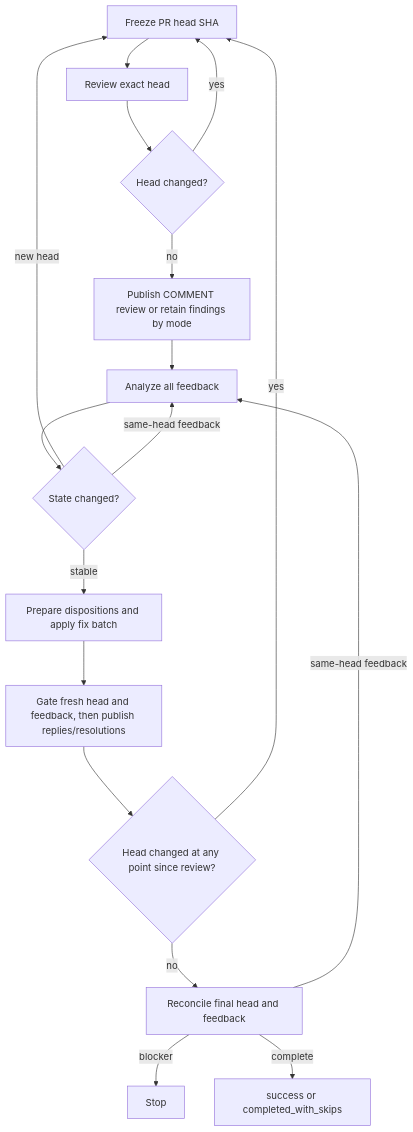
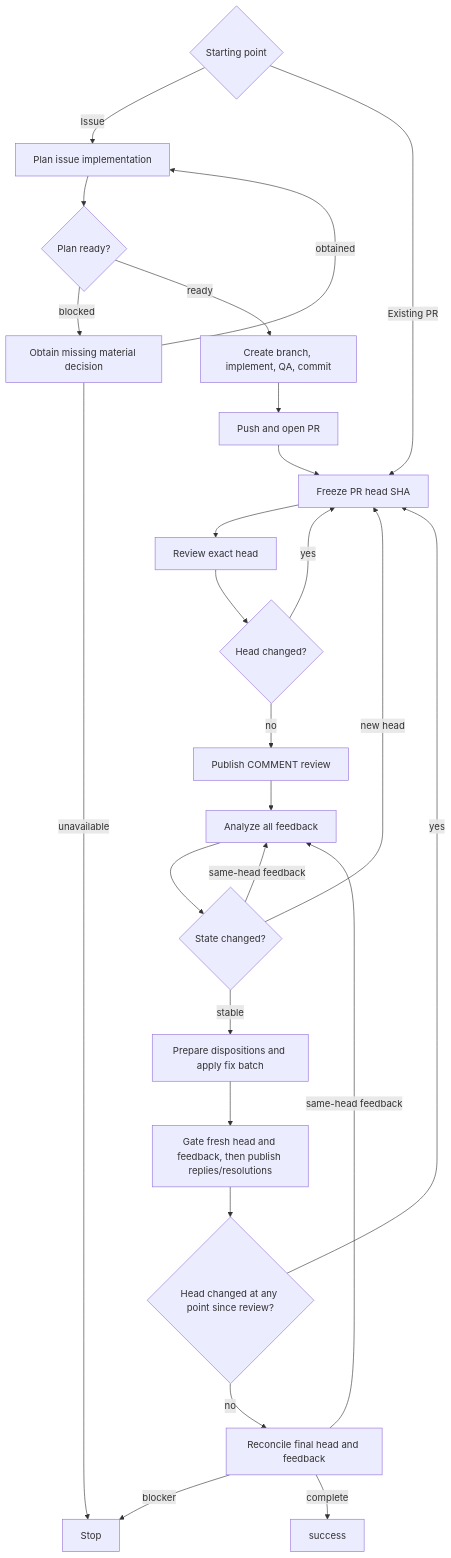
Before and after one commit to dceoy/ai-coding-agent-skills: the diagram in skills/pr-loop/SKILL.md, drawn with Mermaid. The commit also changed other lines of this file and 2 other files, not shown here.

````diff
--- a/skills/pr-loop/SKILL.md
+++ b/skills/pr-loop/SKILL.md
@@ -163,19 +147,28 @@
 ```mermaid
 flowchart TD
-  A[Freeze PR head SHA] --> B[Review exact head]
+  S{Starting point} -->|Issue| P[Plan issue implementation]
+  S -->|Existing PR| A
+  P --> Q{Plan ready?}
+  Q -->|blocked| R[Obtain missing material decision]
+  R -->|obtained| P
+  R -->|unavailable| K[Stop]
+  Q -->|ready| M[Create branch, implement, QA, commit]
+  M --> N[Push and open PR]
+  N --> A[Freeze PR head SHA]
+  A --> B[Review exact head]
   B --> C{Head changed?}
   C -->|yes| A
-  C -->|no| D[Publish COMMENT review or retain findings by mode]
+  C -->|no| D[Publish COMMENT review]
   D --> E[Analyze all feedback]
   E --> F{State changed?}
   F -->|new head| A
   F -->|same-head feedback| E
   F -->|stable| G[Prepare dispositions and apply fix batch]
   G --> H[Gate fresh head and feedback, then publish replies/resolutions]
   H --> I{Head changed at any point since review?}
   I -->|yes| A
   I -->|no| J[Reconcile final head and feedback]
   J -->|same-head feedback| E
   J -->|blocker| K[Stop]
-  J -->|complete| L[success or completed_with_skips]
+  J -->|complete| L[success]
 ```
````
